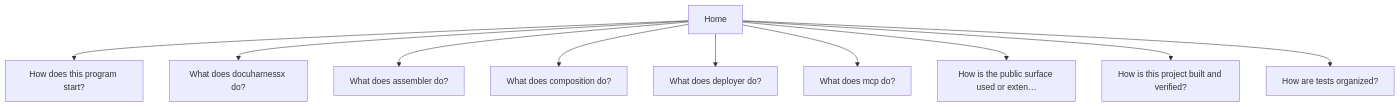
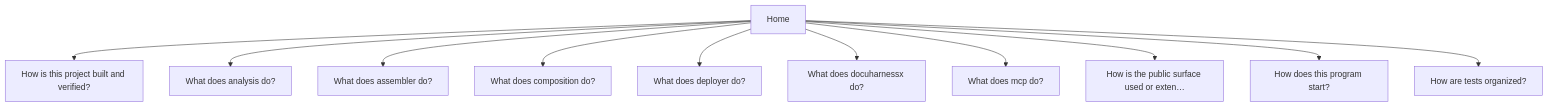
One commit to norandom/DocuHarnessX changed the diagram in docs/index.md. Above: the diagram before and after it, drawn with Mermaid. The commit also changed other lines of this file and 12 other files, not shown here.

````diff
--- a/docs/index.md
+++ b/docs/index.md
@@ -5,22 +5,24 @@
 ```mermaid
 flowchart TB
   n0["Home"]
-  n1["How does this program start?"]
-  n2["What does docuharnessx do?"]
+  n1["How is this project built and verified?"]
+  n2["What does analysis do?"]
   n3["What does assembler do?"]
   n4["What does composition do?"]
   n5["What does deployer do?"]
-  n6["What does mcp do?"]
-  n7["How is the public surface used or exten…"]
-  n8["How is this project built and verified?"]
-  n9["How are tests organized?"]
+  n6["What does docuharnessx do?"]
+  n7["What does mcp do?"]
+  n8["How is the public surface used or exten…"]
+  n9["How does this program start?"]
+  n10["How are tests organized?"]
   n0 --> n1
   n0 --> n2
   n0 --> n3
   n0 --> n4
   n0 --> n5
   n0 --> n6
   n0 --> n7
   n0 --> n8
   n0 --> n9
+  n0 --> n10
 ```
````
